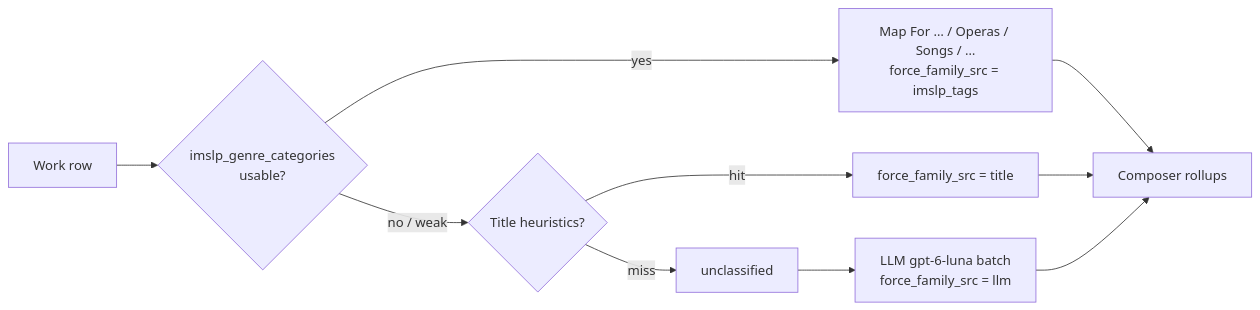
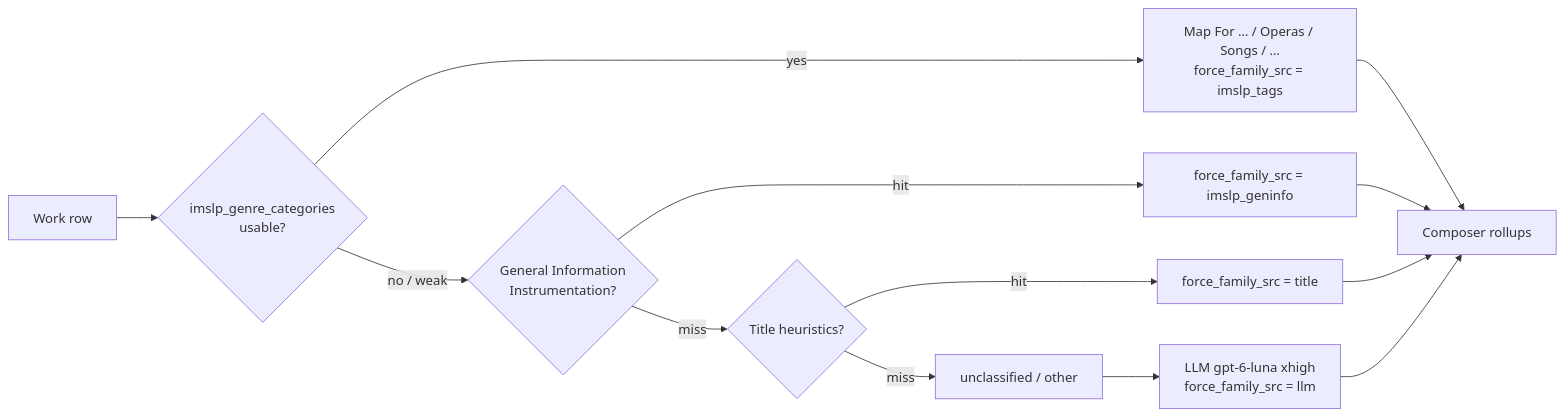
The second of 2 diagrams in docs/PIPELINE.md (egorpol/eu-pd-composers), drawn with Mermaid before and after one commit. The commit also changed other lines of this file and 47 other files, not shown here.

````diff
--- a/docs/PIPELINE.md
+++ b/docs/PIPELINE.md
@@ -67,12 +71,15 @@
 ```mermaid
 flowchart LR
   A[Work row] --> B{imslp_genre_categories<br/>usable?}
   B -->|yes| C[Map For … / Operas / Songs / …<br/>force_family_src = imslp_tags]
-  B -->|no / weak| D{Title heuristics?}
+  B -->|no / weak| GI{General Information<br/>Instrumentation?}
+  GI -->|hit| GIsrc[force_family_src = imslp_geninfo]
+  GI -->|miss| D{Title heuristics?}
   D -->|hit| E[force_family_src = title]
-  D -->|miss| F[unclassified]
-  F --> G[LLM gpt-6-luna batch<br/>force_family_src = llm]
+  D -->|miss| F[unclassified / other]
+  F --> G[LLM gpt-6-luna xhigh<br/>force_family_src = llm]
   C --> H[Composer rollups]
+  GIsrc --> H
   E --> H
   G --> H
 ```
````
